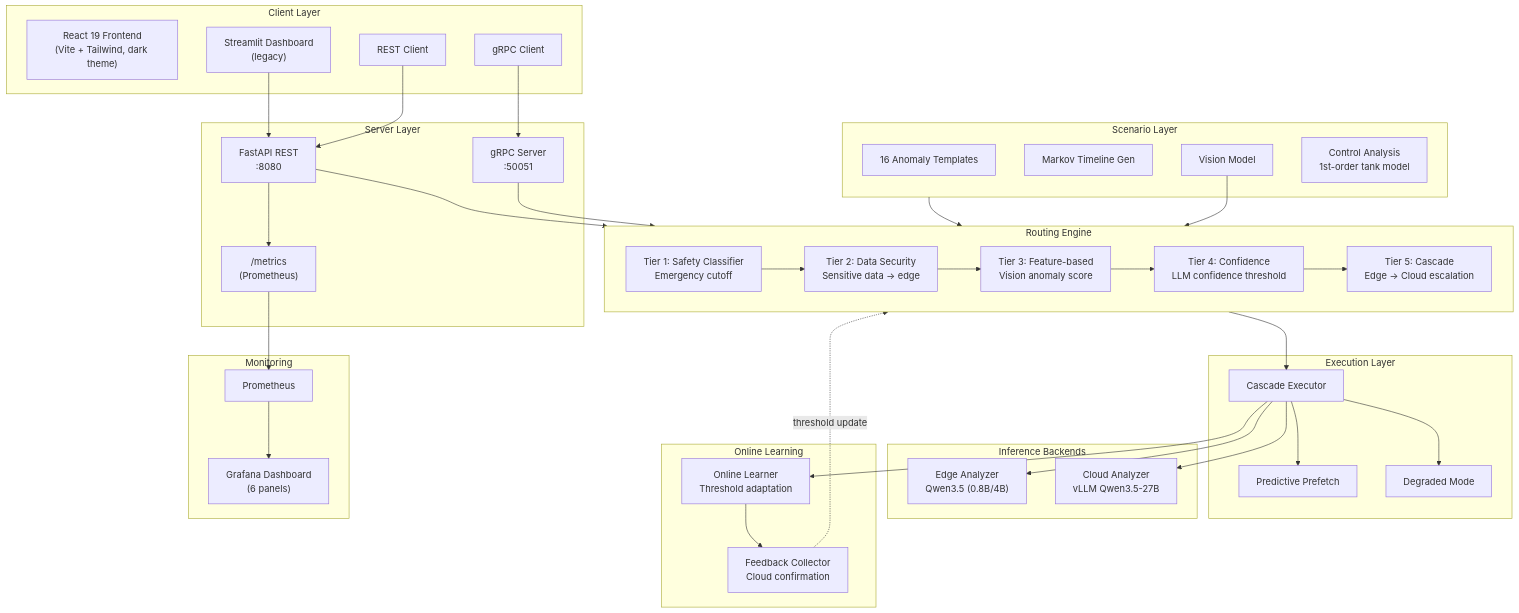
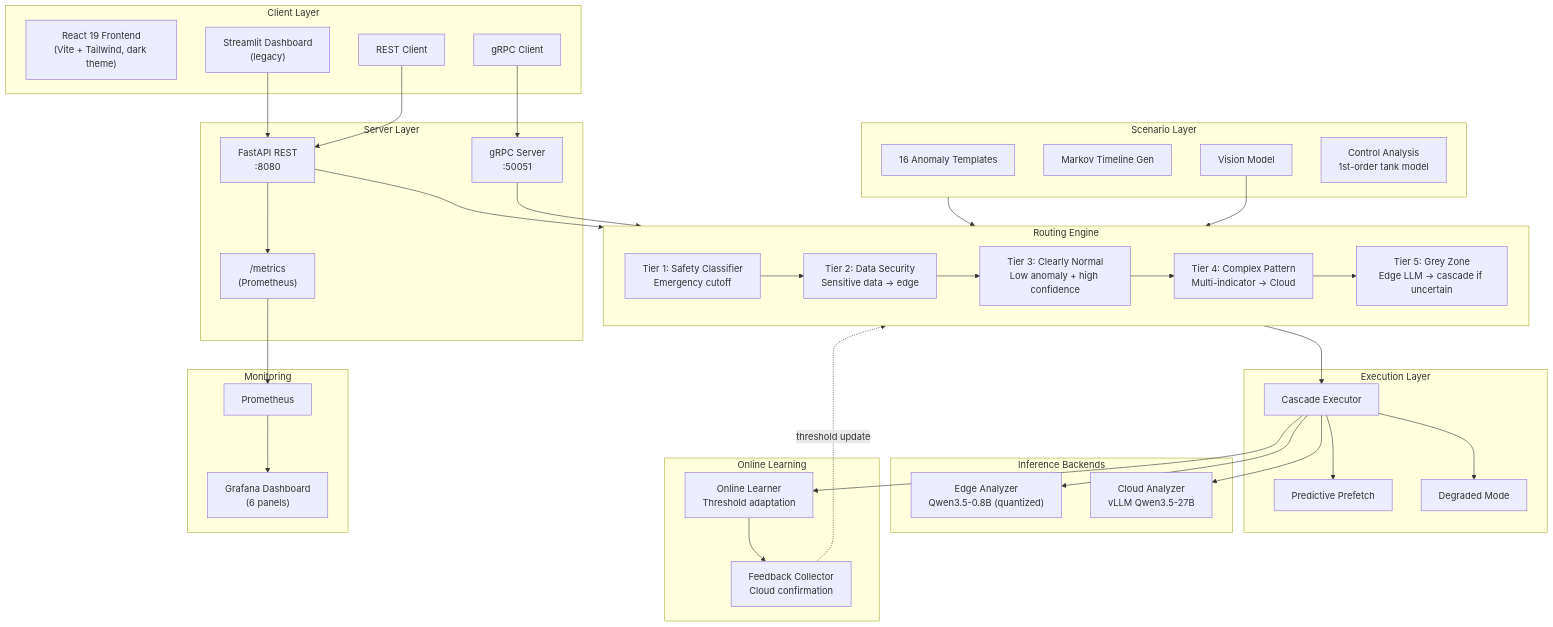
One commit to zcyyyds-test/EdgeCloudInference changed the first of 3 diagrams in docs/architecture.md. Above: the diagram before and after it, drawn with Mermaid. The commit also changed other lines of this file and 29 other files, not shown here.

First line of the commit message:
refactor: replace 4B edge model with 0.8B + redesign routing architecture

````diff
--- a/docs/architecture.md
+++ b/docs/architecture.md
@@ -5,76 +5,76 @@
 ```mermaid
 graph TB
     subgraph Client["Client Layer"]
         Frontend["React 19 Frontend<br/>(Vite + Tailwind, dark theme)"]
         Dashboard["Streamlit Dashboard<br/>(legacy)"]
         GRPC_C["gRPC Client"]
         REST_C["REST Client"]
     end
 
     subgraph Server["Server Layer"]
         API["FastAPI REST<br/>:8080"]
         GRPC_S["gRPC Server<br/>:50051"]
         Metrics["/metrics<br/>(Prometheus)"]
     end
 
     subgraph Router["Routing Engine"]
         T1["Tier 1: Safety Classifier<br/>Emergency cutoff"]
         T2["Tier 2: Data Security<br/>Sensitive data → edge"]
-        T3["Tier 3: Feature-based<br/>Vision anomaly score"]
-        T4["Tier 4: Confidence<br/>LLM confidence threshold"]
-        T5["Tier 5: Cascade<br/>Edge → Cloud escalation"]
+        T3["Tier 3: Clearly Normal<br/>Low anomaly + high confidence"]
+        T4["Tier 4: Complex Pattern<br/>Multi-indicator → Cloud"]
+        T5["Tier 5: Grey Zone<br/>Edge LLM → cascade if uncertain"]
     end
 
     subgraph Execution["Execution Layer"]
         Cascade["Cascade Executor"]
         Prefetch["Predictive Prefetch"]
         Degraded["Degraded Mode"]
     end
 
     subgraph Inference["Inference Backends"]
-        Edge["Edge Analyzer<br/>Qwen3.5 (0.8B/4B)"]
+        Edge["Edge Analyzer<br/>Qwen3.5-0.8B (quantized)"]
         Cloud["Cloud Analyzer<br/>vLLM Qwen3.5-27B"]
     end
 
     subgraph Learning["Online Learning"]
         OL["Online Learner<br/>Threshold adaptation"]
         FB["Feedback Collector<br/>Cloud confirmation"]
     end
 
     subgraph Scenarios["Scenario Layer"]
         ScenarioTemplates["16 Anomaly Templates"]
         Timeline["Markov Timeline Gen"]
         Vision["Vision Model"]
         Control["Control Analysis<br/>1st-order tank model"]
     end
 
     subgraph Monitoring["Monitoring"]
         Prom["Prometheus"]
         Grafana["Grafana Dashboard<br/>(6 panels)"]
     end
 
     Dashboard --> API
     GRPC_C --> GRPC_S
     REST_C --> API
     API --> Router
     GRPC_S --> Router
 
     T1 --> T2 --> T3 --> T4 --> T5
 
     Router --> Cascade
     Cascade --> Edge
     Cascade --> Cloud
     Cascade --> Prefetch
     Cascade --> Degraded
 
     Cascade --> OL
     OL --> FB
     FB -.->|threshold update| Router
 
     Scenarios --> Router
     Vision --> Router
 
     API --> Metrics
     Metrics --> Prom
     Prom --> Grafana
 ```
````
